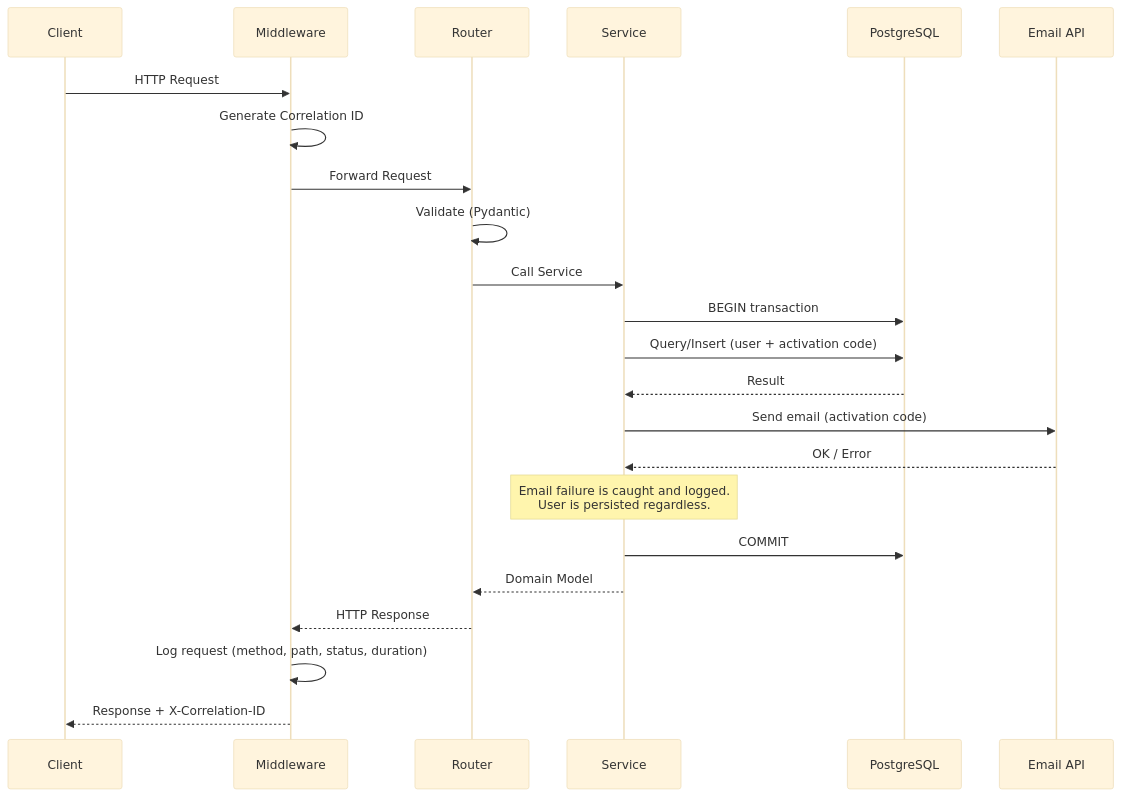
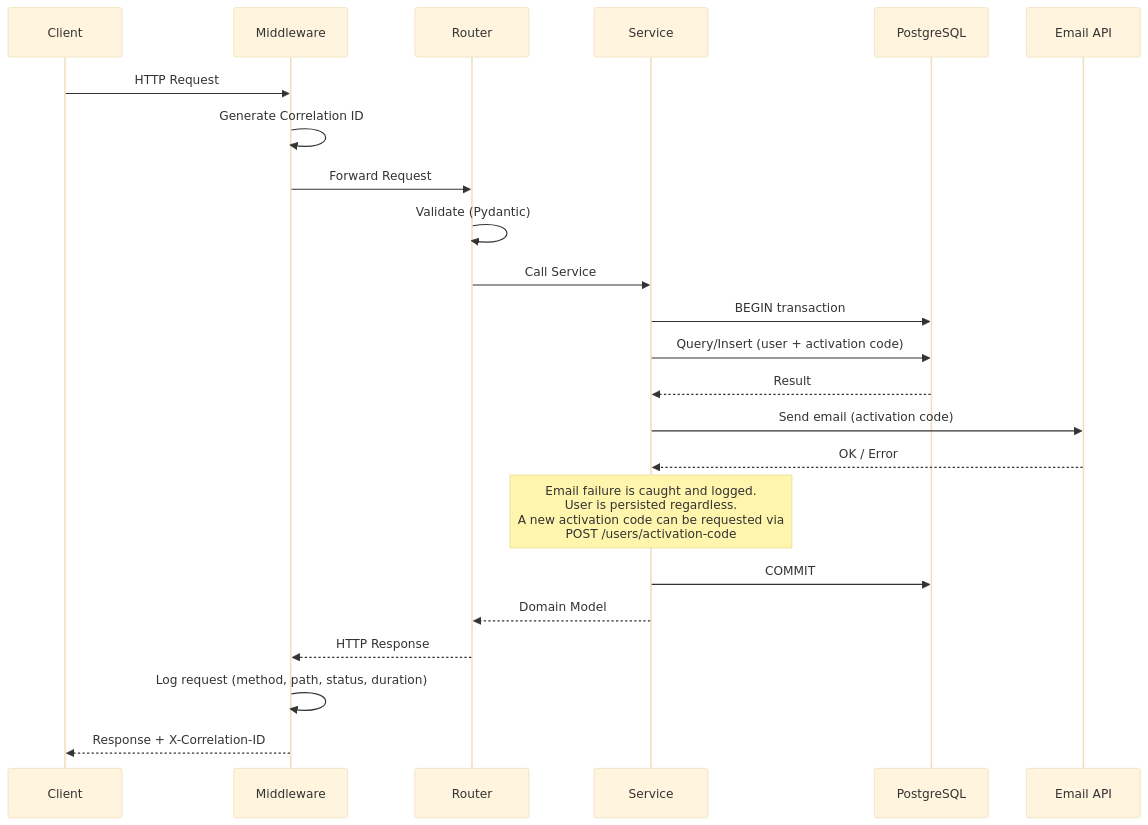
One commit to ldelahaye/user_regitration_api changed the second of 2 diagrams in ARCHITECTURE.md. Above: the diagram before and after it, drawn with Mermaid (base theme).

Commit message:
docs: add activation code resend info on email failure note

````diff
--- a/ARCHITECTURE.md
+++ b/ARCHITECTURE.md
@@ -65,26 +65,26 @@
 ```mermaid
 sequenceDiagram
     participant C as Client
     participant M as Middleware
     participant R as Router
     participant S as Service
     participant DB as PostgreSQL
     participant E as Email API
 
     C->>M: HTTP Request
     M->>M: Generate Correlation ID
     M->>R: Forward Request
     R->>R: Validate (Pydantic)
     R->>S: Call Service
     S->>DB: BEGIN transaction
     S->>DB: Query/Insert (user + activation code)
     DB-->>S: Result
     S->>E: Send email (activation code)
     E-->>S: OK / Error
-    Note over S: Email failure is caught and logged.<br/>User is persisted regardless.
+    Note over S: Email failure is caught and logged.<br/>User is persisted regardless.<br/>A new activation code can be requested via<br/>POST /users/activation-code
     S->>DB: COMMIT
     S-->>R: Domain Model
     R-->>M: HTTP Response
     M->>M: Log request (method, path, status, duration)
     M-->>C: Response + X-Correlation-ID
 ```
````
